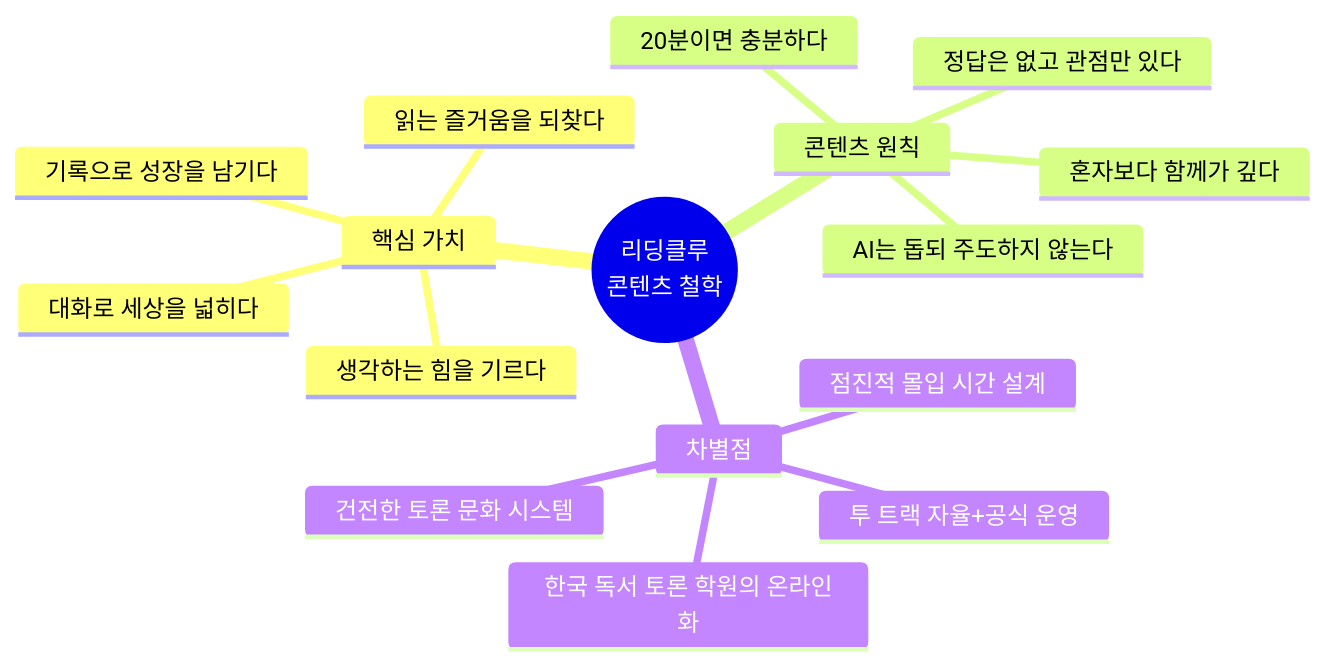
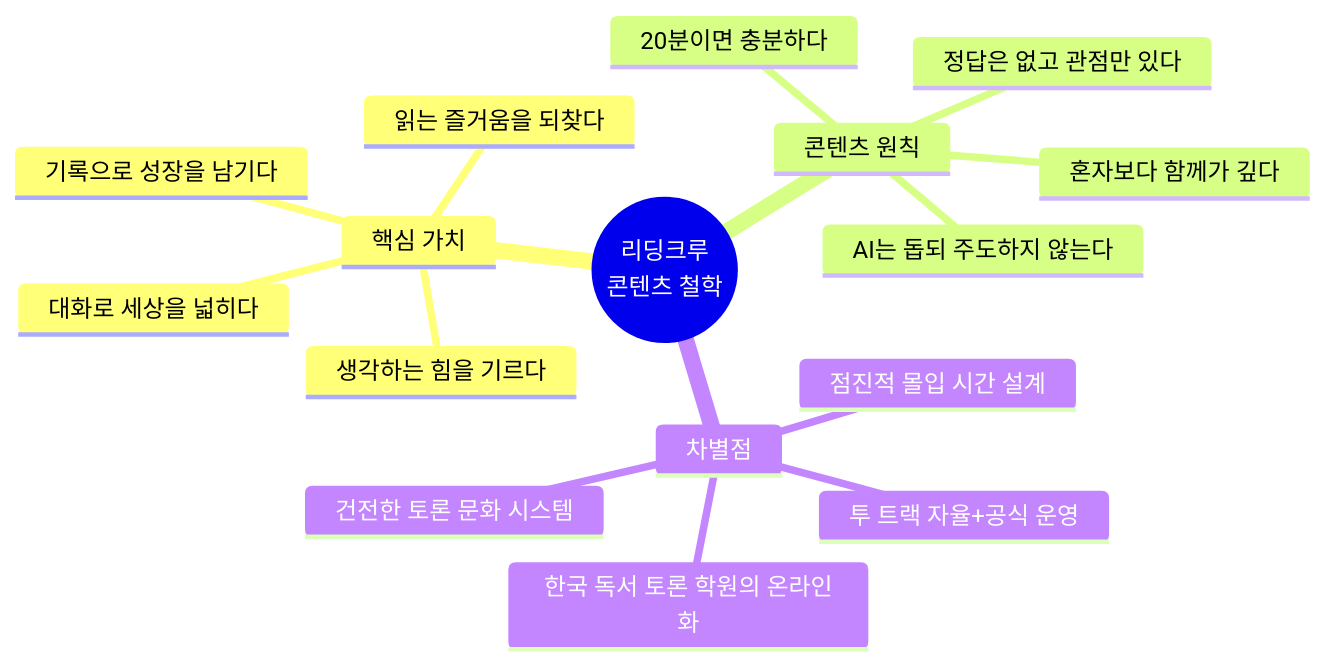
Before and after one commit to Collegenie-X/ReadingClueProject: the first of 36 diagrams in 아이디어/5단계-리딩클루_콘텐츠중심_설계.md, drawn with Mermaid. The commit also changed other lines of this file and 9 other files, not shown here.

````diff
--- a/아이디어/5단계-리딩클루_콘텐츠중심_설계.md
+++ b/아이디어/5단계-리딩클루_콘텐츠중심_설계.md
@@ -51,19 +51,19 @@
 ```mermaid
 mindmap
-  root((리딩클루<br/>콘텐츠 철학))
+  root((리딩크루<br/>콘텐츠 철학))
     핵심 가치
       읽는 즐거움을 되찾다
       생각하는 힘을 기르다
       대화로 세상을 넓히다
       기록으로 성장을 남기다
     콘텐츠 원칙
       20분이면 충분하다
       정답은 없고 관점만 있다
       혼자보다 함께가 깊다
       AI는 돕되 주도하지 않는다
     차별점
       한국 독서 토론 학원의 온라인화
       점진적 몰입 시간 설계
       투 트랙 자율+공식 운영
       건전한 토론 문화 시스템
 ```
````
